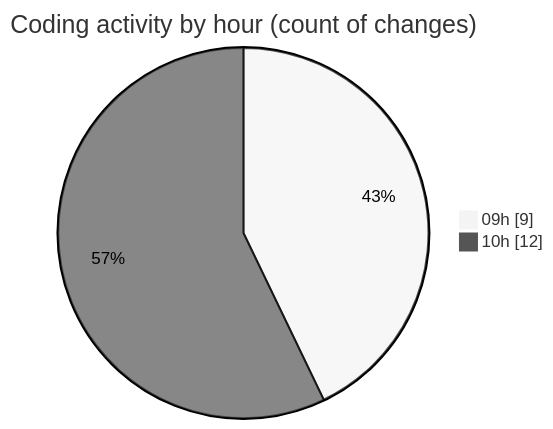
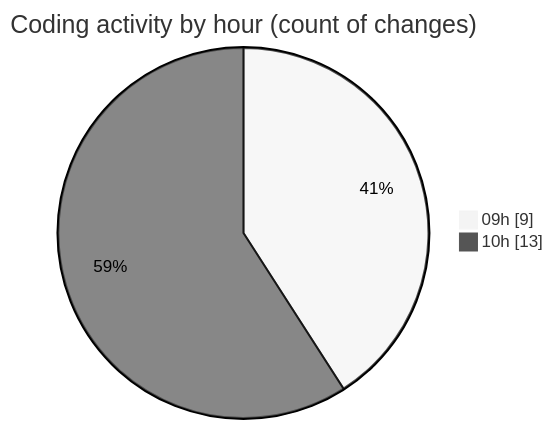
The second of 2 diagrams in 2025-07-10/mail-listener2-0_1_3/README.md (lephambinh05/code-tracking), drawn with Mermaid (neutral theme) before and after one commit. The commit also changed other lines of this file and 1 other file, not shown here.

````diff
--- a/2025-07-10/mail-listener2-0_1_3/README.md
+++ b/2025-07-10/mail-listener2-0_1_3/README.md
@@ -31,6 +31,6 @@
 ```mermaid
 pie showData
 title Coding activity by hour (count of changes)
 "09h" : 9
-"10h" : 12
+"10h" : 13
 ```
````
